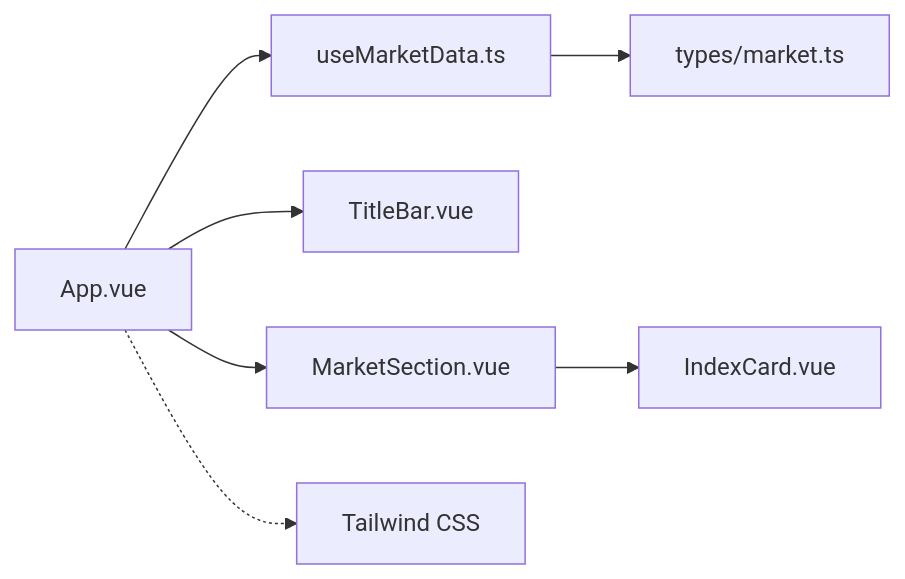
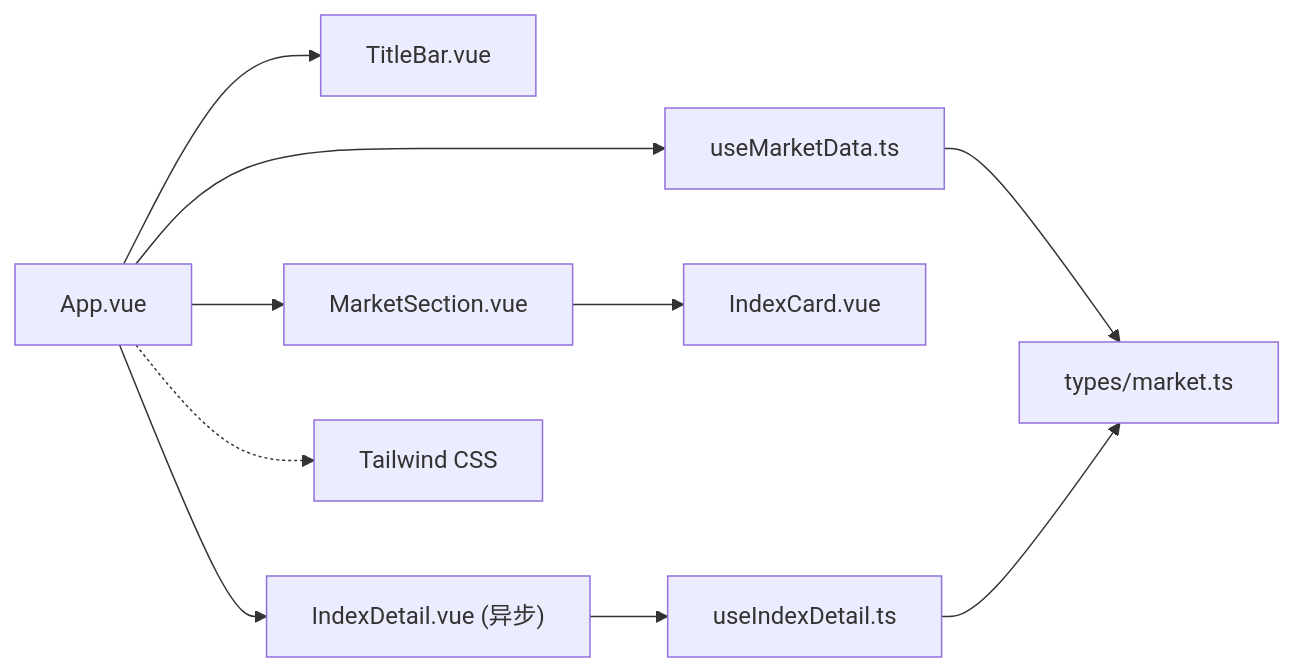
Before and after one commit to jiashaoying/hq-kanban-app: the fifth of 5 diagrams in .qoder/repowiki/zh/content/前端开发/组件系统/App根组件.md, drawn with Mermaid. The commit also changed other lines of this file and 7 other files, not shown here.

````diff
--- a/.qoder/repowiki/zh/content/前端开发/组件系统/App根组件.md
+++ b/.qoder/repowiki/zh/content/前端开发/组件系统/App根组件.md
@@ -251,9 +367,12 @@
 ```mermaid
 graph LR
 App["App.vue"] --> UseMD["useMarketData.ts"]
 App --> Title["TitleBar.vue"]
 App --> Market["MarketSection.vue"]
+App --> Detail["IndexDetail.vue (异步)"]
 Market --> Card["IndexCard.vue"]
+Detail --> UseID["useIndexDetail.ts"]
 UseMD --> Types["types/market.ts"]
+UseID --> Types
 App -.-> Tailwind["Tailwind CSS"]
 ```
````
